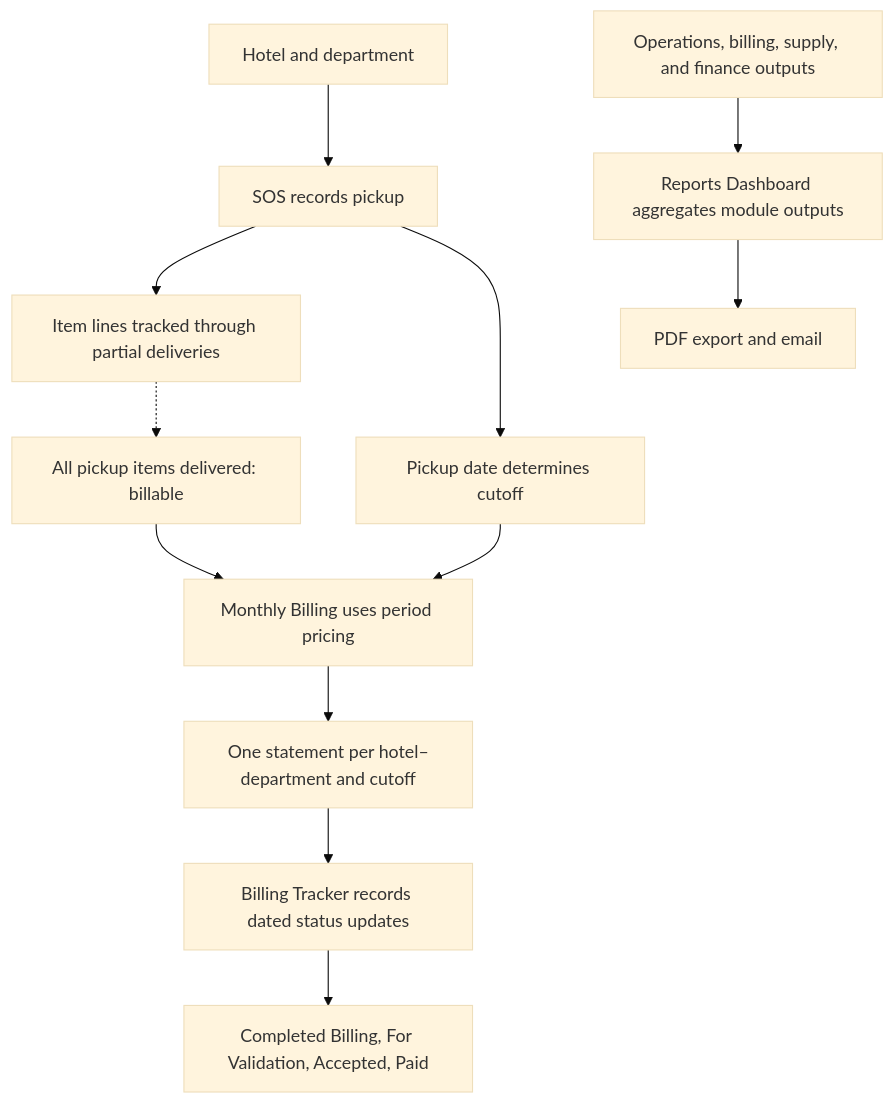
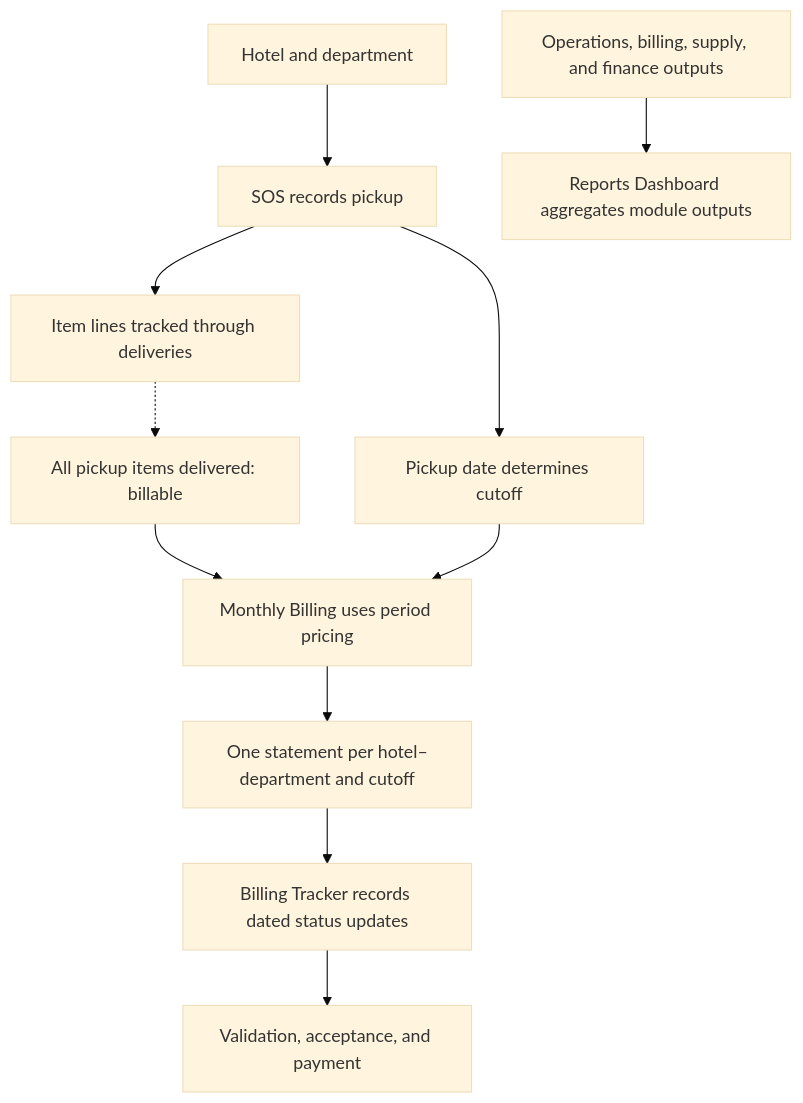
One commit to bonggonzalez/jumpin-wash-workspace-erp changed the diagram in docs/implementation-walkthrough.md. Above: the diagram before and after it, drawn with Mermaid (base theme). The commit also changed other lines of this file and 5 other files, not shown here.

````diff
--- a/docs/implementation-walkthrough.md
+++ b/docs/implementation-walkthrough.md
@@ -7,14 +9,13 @@
 ```mermaid
 flowchart TD
   A["Hotel and department"] --> B["SOS records pickup"]
-  B --> C["Item lines tracked through partial deliveries"]
+  B --> C["Item lines tracked through deliveries"]
   C -.-> D["All pickup items delivered: billable"]
   B --> E["Pickup date determines cutoff"]
   D --> F["Monthly Billing uses period pricing"]
   E --> F
   F --> G["One statement per hotel–department and cutoff"]
   G --> H["Billing Tracker records dated status updates"]
-  H --> I["Completed Billing, For Validation, Accepted, Paid"]
-  X["Operations, billing, supply, and finance outputs"] --> Y["Reports Dashboard aggregates module outputs"]
-  Y --> Z["PDF export and email"]
+  H --> I["Validation, acceptance, and payment"]
+  J["Operations, billing, supply, and finance outputs"] --> K["Reports Dashboard aggregates module outputs"]
 ```
````
